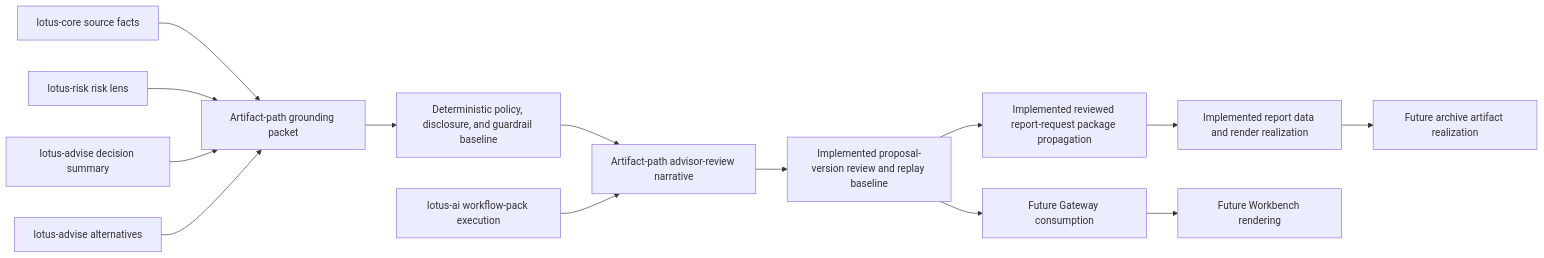
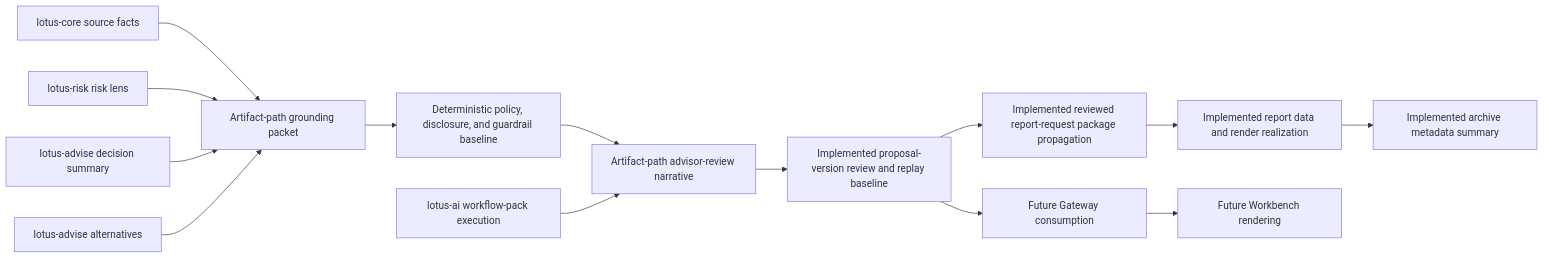
Before and after one commit to sgajbi/lotus-advise: the second of 3 diagrams in wiki/Supported-Features.md, drawn with Mermaid. The commit also changed other lines of this file and 10 other files, not shown here.

Commit message:
docs: close RFC-0023 archive realization truth (#150)

````diff
--- a/wiki/Supported-Features.md
+++ b/wiki/Supported-Features.md
@@ -66,16 +66,16 @@
 ```mermaid
 flowchart LR
     Core[lotus-core source facts] --> Grounding[Artifact-path grounding packet]
     Risk[lotus-risk risk lens] --> Grounding
     Decision[lotus-advise decision summary] --> Grounding
     Alternatives[lotus-advise alternatives] --> Grounding
     Grounding --> Policy[Deterministic policy, disclosure, and guardrail baseline]
     Policy --> Narrative[Artifact-path advisor-review narrative]
     AI[lotus-ai workflow-pack execution] --> Narrative
     Narrative --> Review[Implemented proposal-version review and replay baseline]
     Review --> Report[Implemented reviewed report-request package propagation]
     Report --> Render[Implemented report data and render realization]
-    Render --> Archive[Future archive artifact realization]
+    Render --> Archive[Implemented archive metadata summary]
     Review --> Gateway[Future Gateway consumption]
     Gateway --> Workbench[Future Workbench rendering]
 ```
````
